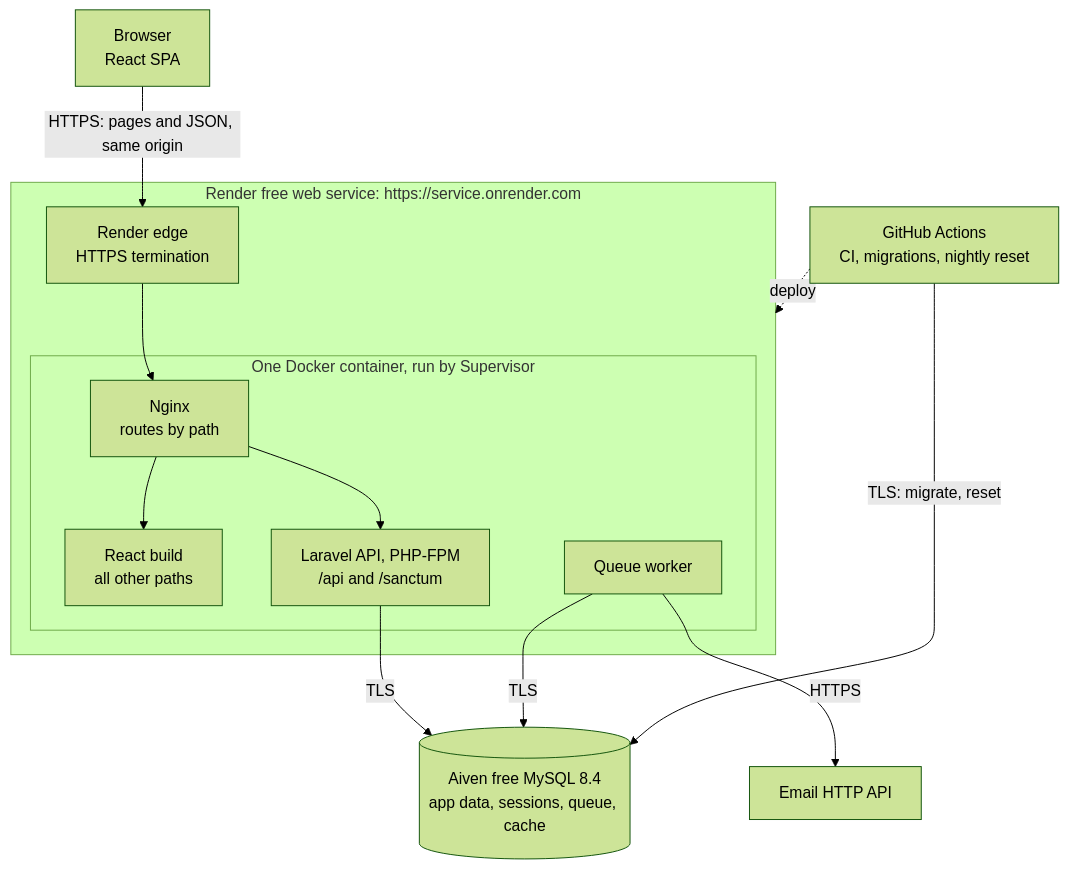
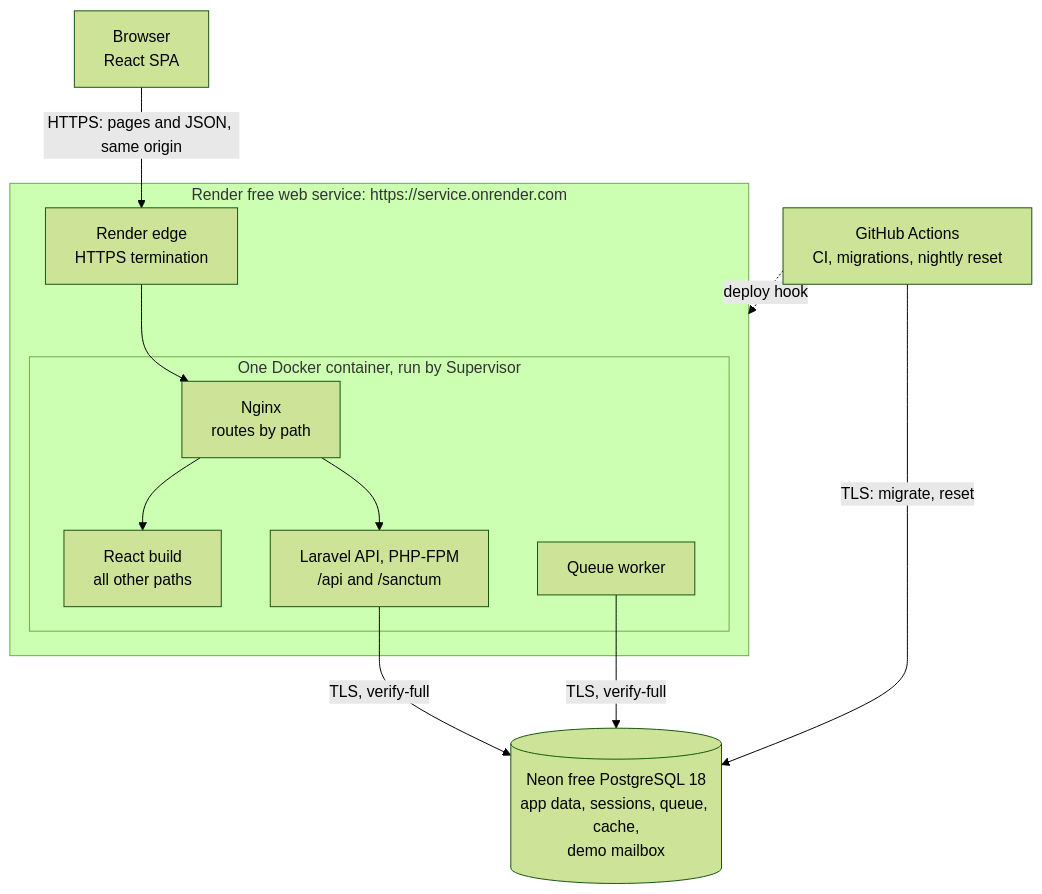
One commit to Martins-Code/workflow changed the first of 2 diagrams in docs/02-system-architecture.md. Above: the diagram before and after it, drawn with Mermaid (forest theme). The commit also changed other lines of this file and 6 other files, not shown here.

Commit message:
docs: switch to PostgreSQL and add demo mailbox strategy

````diff
--- a/docs/02-system-architecture.md
+++ b/docs/02-system-architecture.md
@@ -13,28 +13,26 @@
 ```mermaid
 flowchart TB
     Browser["Browser<br/>React SPA"]
 
     subgraph Render["Render free web service: https://service.onrender.com"]
         Edge["Render edge<br/>HTTPS termination"]
         subgraph Container["One Docker container, run by Supervisor"]
             Web["Nginx<br/>routes by path"]
             Static["React build<br/>all other paths"]
             API["Laravel API, PHP-FPM<br/>/api and /sanctum"]
             Worker["Queue worker"]
         end
     end
 
-    DB[("Aiven free MySQL 8.4<br/>app data, sessions, queue, cache")]
-    Mail["Email HTTP API"]
+    DB[("Neon free PostgreSQL 18<br/>app data, sessions, queue, cache,<br/>demo mailbox")]
     Actions["GitHub Actions<br/>CI, migrations, nightly reset"]
 
     Browser -->|"HTTPS: pages and JSON, same origin"| Edge
     Edge --> Web
     Web --> Static
     Web --> API
-    API -->|"TLS"| DB
-    Worker -->|"TLS"| DB
-    Worker -->|"HTTPS"| Mail
+    API -->|"TLS, verify-full"| DB
+    Worker -->|"TLS, verify-full"| DB
     Actions -->|"TLS: migrate, reset"| DB
-    Actions -.->|"deploy"| Render
+    Actions -.->|"deploy hook"| Render
 ```
````
